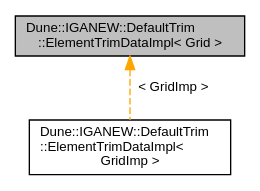
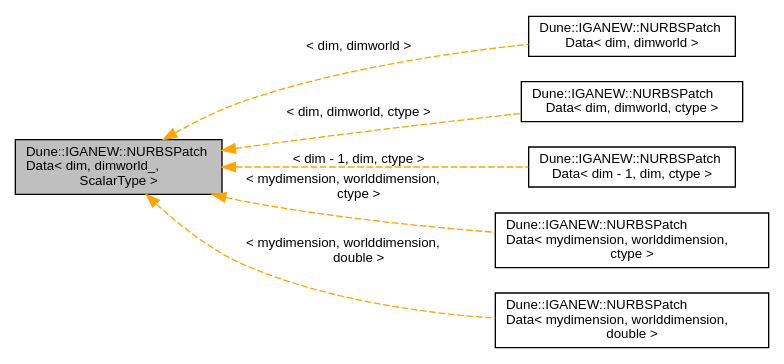
One commit to rath3t/dune-iga-doc changed the diagram in d0/d34/a01486.dot. Above: the diagram before and after it, drawn with Graphviz. The commit also changed 1308 other files, not shown here.

```diff
--- a/d0/d34/a01486.dot
+++ b/d0/d34/a01486.dot
@@ -1,9 +1,18 @@
-digraph "Dune::IGANEW::DefaultTrim::ElementTrimDataImpl&lt; Grid &gt;"
+digraph "Dune::IGANEW::NURBSPatchData&lt; dim, dimworld_, ScalarType &gt;"
 {
  // LATEX_PDF_SIZE
   edge [fontname="Helvetica",fontsize="10",labelfontname="Helvetica",labelfontsize="10"];
   node [fontname="Helvetica",fontsize="10",shape=record];
-  Node1 [label="Dune::IGANEW::DefaultTrim\l::ElementTrimDataImpl\< Grid \>",height=0.2,width=0.4,color="black", fillcolor="grey75", style="filled", fontcolor="black",tooltip=" "];
-  Node1 -> Node2 [dir="back",color="orange",fontsize="10",style="dashed",label=" \< GridImp \>" ,fontname="Helvetica"];
-  Node2 [label="Dune::IGANEW::DefaultTrim\l::ElementTrimDataImpl\<\l GridImp \>",height=0.2,width=0.4,color="black", fillcolor="white", style="filled",URL="$dc/d47/a01487.html",tooltip=" "];
+  rankdir="LR";
+  Node1 [label="Dune::IGANEW::NURBSPatch\lData\< dim, dimworld_,\l ScalarType \>",height=0.2,width=0.4,color="black", fillcolor="grey75", style="filled", fontcolor="black",tooltip="Struct that holds all data regarding the NURBS geometric structure."];
+  Node1 -> Node2 [dir="back",color="orange",fontsize="10",style="dashed",label=" \< dim, dimworld \>" ,fontname="Helvetica"];
+  Node2 [label="Dune::IGANEW::NURBSPatch\lData\< dim, dimworld \>",height=0.2,width=0.4,color="black", fillcolor="white", style="filled",URL="$dc/d47/a01487.html",tooltip=" "];
+  Node1 -> Node3 [dir="back",color="orange",fontsize="10",style="dashed",label=" \< dim, dimworld, ctype \>" ,fontname="Helvetica"];
+  Node3 [label="Dune::IGANEW::NURBSPatch\lData\< dim, dimworld, ctype \>",height=0.2,width=0.4,color="black", fillcolor="white", style="filled",URL="$dc/d47/a01487.html",tooltip=" "];
+  Node1 -> Node4 [dir="back",color="orange",fontsize="10",style="dashed",label=" \< dim - 1, dim, ctype \>" ,fontname="Helvetica"];
+  Node4 [label="Dune::IGANEW::NURBSPatch\lData\< dim - 1, dim, ctype \>",height=0.2,width=0.4,color="black", fillcolor="white", style="filled",URL="$dc/d47/a01487.html",tooltip=" "];
+  Node1 -> Node5 [dir="back",color="orange",fontsize="10",style="dashed",label=" \< mydimension, worlddimension,\l ctype \>" ,fontname="Helvetica"];
+  Node5 [label="Dune::IGANEW::NURBSPatch\lData\< mydimension, worlddimension,\l ctype \>",height=0.2,width=0.4,color="black", fillcolor="white", style="filled",URL="$dc/d47/a01487.html",tooltip=" "];
+  Node1 -> Node6 [dir="back",color="orange",fontsize="10",style="dashed",label=" \< mydimension, worlddimension,\l double \>" ,fontname="Helvetica"];
+  Node6 [label="Dune::IGANEW::NURBSPatch\lData\< mydimension, worlddimension,\l double \>",height=0.2,width=0.4,color="black", fillcolor="white", style="filled",URL="$dc/d47/a01487.html",tooltip=" "];
 }
```
